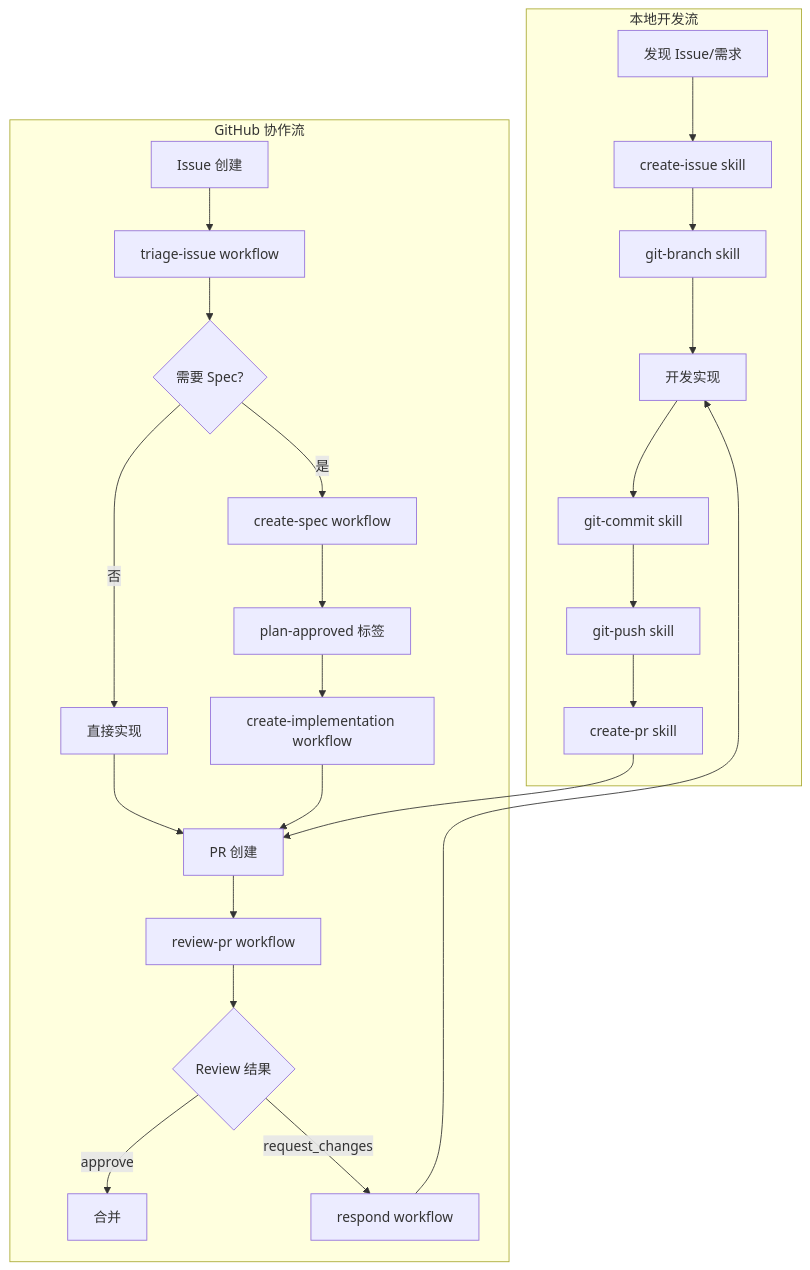
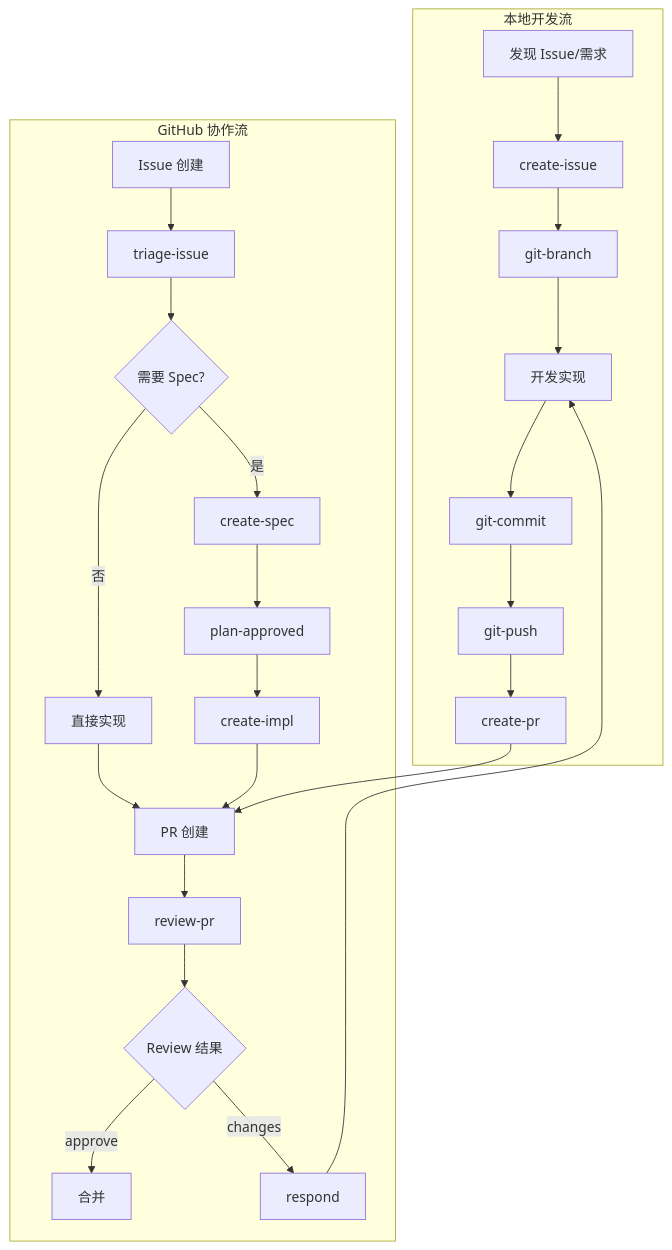
One commit to jialinamazon404/DevForge-Flow changed the first of 2 diagrams in docs/README_CN.md. Above: the diagram before and after it, drawn with Mermaid. The commit also changed other lines of this file and 1 other file, not shown here.

````diff
--- a/docs/README_CN.md
+++ b/docs/README_CN.md
@@ -354,29 +439,29 @@
 ```mermaid
 flowchart TB
     subgraph Local["本地开发流"]
-        A[发现 Issue/需求] --> B[create-issue skill]
-        B --> C[git-branch skill]
+        A[发现 Issue/需求] --> B[create-issue]
+        B --> C[git-branch]
         C --> D[开发实现]
-        D --> E[git-commit skill]
-        E --> F[git-push skill]
-        F --> G[create-pr skill]
+        D --> E[git-commit]
+        E --> F[git-push]
+        F --> G[create-pr]
     end
     
     subgraph GitHub["GitHub 协作流"]
-        H[Issue 创建] --> I[triage-issue workflow]
+        H[Issue 创建] --> I[triage-issue]
         I --> J{需要 Spec?}
-        J -->|是| K[create-spec workflow]
-        K --> L[plan-approved 标签]
-        L --> M[create-implementation workflow]
+        J -->|是| K[create-spec]
+        K --> L[plan-approved]
+        L --> M[create-impl]
         J -->|否| N[直接实现]
         N --> O[PR 创建]
         M --> O
-        O --> P[review-pr workflow]
+        O --> P[review-pr]
         P --> Q{Review 结果}
         Q -->|approve| R[合并]
-        Q -->|request_changes| S[respond workflow]
+        Q -->|changes| S[respond]
         S --> D
     end
     
     G --> O
 ```
````
